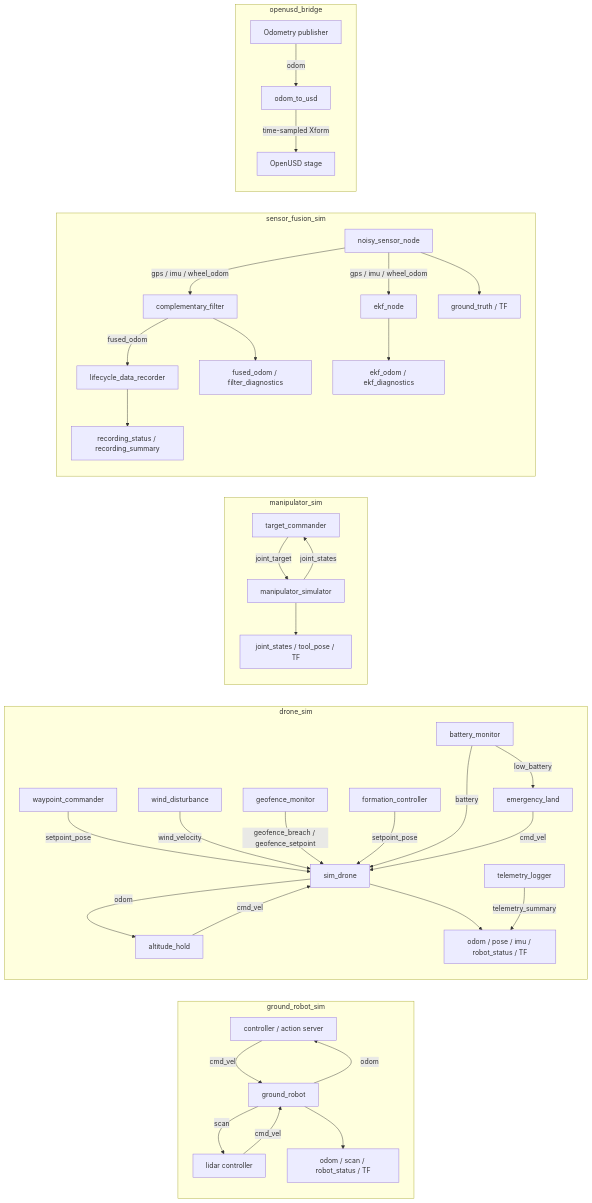
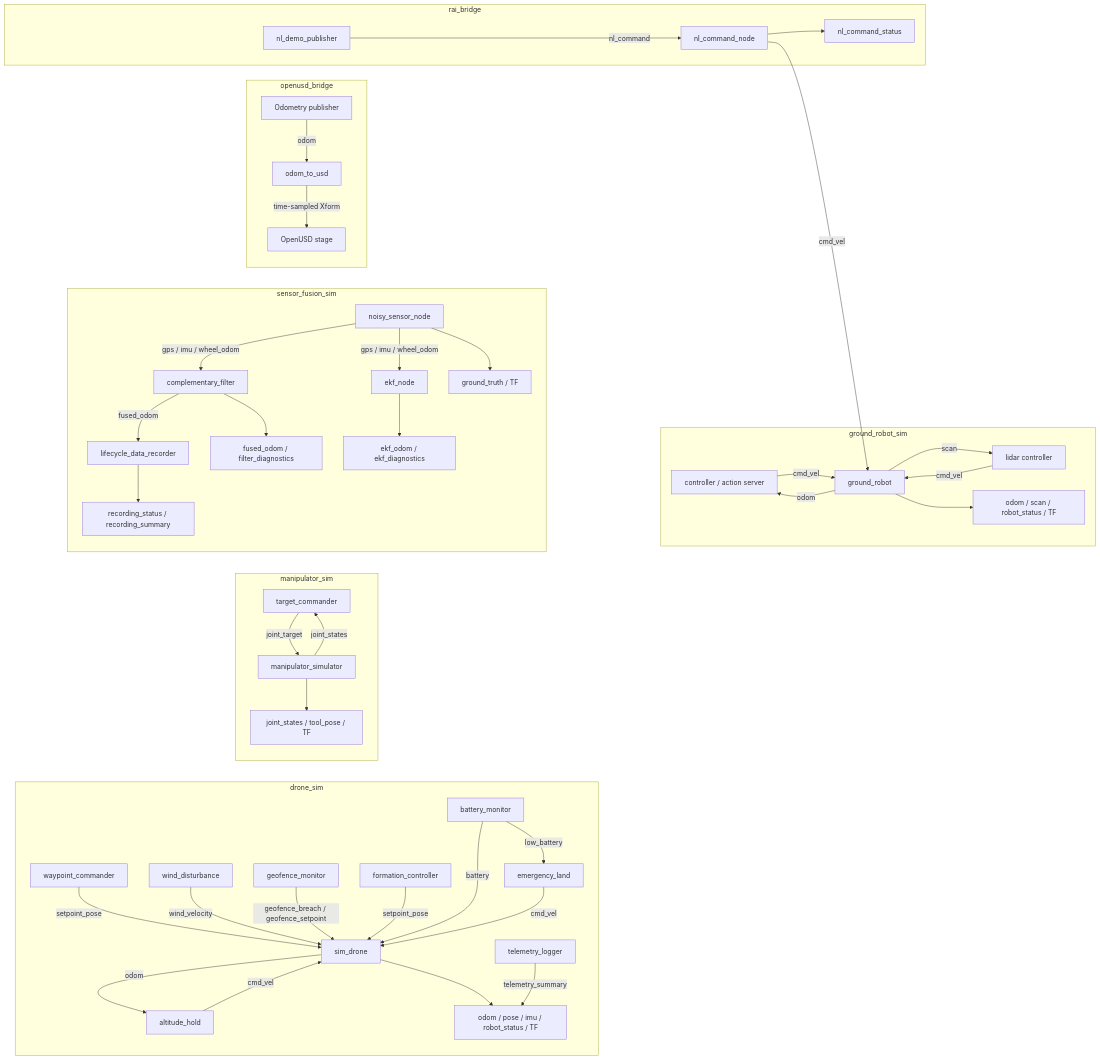
One commit to kumakumapon/Ros2Sample changed the diagram in docs/implementation_spec.md. Above: the diagram before and after it, drawn with Mermaid. The commit also changed other lines of this file and 25 other files, not shown here.

First line of the commit message:
feat(rai_bridge): add RAI-style natural-language ROS 2 bridge sample

````diff
--- a/docs/implementation_spec.md
+++ b/docs/implementation_spec.md
@@ -18,45 +18,51 @@
 ```mermaid
 flowchart LR
   subgraph Ground["ground_robot_sim"]
     GC["controller / action server"] -->|cmd_vel| GS["ground_robot"]
     GS -->|odom| GC
     GS -->|scan| LC["lidar controller"]
     LC -->|cmd_vel| GS
     GS --> GOUT["odom / scan / robot_status / TF"]
   end
 
   subgraph Drone["drone_sim"]
     WC["waypoint_commander"] -->|setpoint_pose| DS["sim_drone"]
     AH["altitude_hold"] -->|cmd_vel| DS
     DS -->|odom| AH
     DS --> DOUT["odom / pose / imu / robot_status / TF"]
     WD["wind_disturbance"] -->|wind_velocity| DS
     GM["geofence_monitor"] -->|geofence_breach / geofence_setpoint| DS
     TL["telemetry_logger"] -->|telemetry_summary| DOUT
     FC["formation_controller"] -->|setpoint_pose| DS
     BM["battery_monitor"] -->|battery| DS
     BM -->|low_battery| EL["emergency_land"]
     EL -->|cmd_vel| DS
   end
 
   subgraph Arm["manipulator_sim"]
     TC["target_commander"] -->|joint_target| MS["manipulator_simulator"]
     MS -->|joint_states| TC
     MS --> MOUT["joint_states / tool_pose / TF"]
   end
 
   subgraph Fusion["sensor_fusion_sim"]
     NS["noisy_sensor_node"] -->|gps / imu / wheel_odom| CF["complementary_filter"]
     NS -->|gps / imu / wheel_odom| EK["ekf_node"]
     CF -->|fused_odom| LR["lifecycle_data_recorder"]
     NS --> FOUT["ground_truth / TF"]
     CF --> FOUT2["fused_odom / filter_diagnostics"]
     EK --> FOUT3["ekf_odom / ekf_diagnostics"]
     LR --> LOUT["recording_status / recording_summary"]
   end
 
   subgraph USD["openusd_bridge"]
     ODOM["Odometry publisher"] -->|odom| REC["odom_to_usd"]
     REC -->|time-sampled Xform| STAGE["OpenUSD stage"]
   end
+
+  subgraph RAI["rai_bridge"]
+    DEMO["nl_demo_publisher"] -->|nl_command| NLC["nl_command_node"]
+    NLC -->|cmd_vel| GS
+    NLC --> NLOUT["nl_command_status"]
+  end
 ```
````
